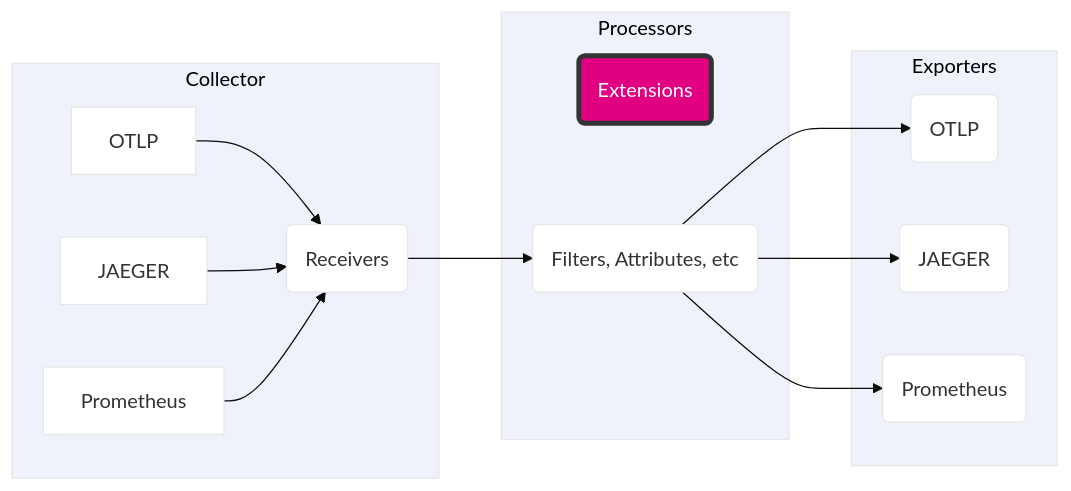
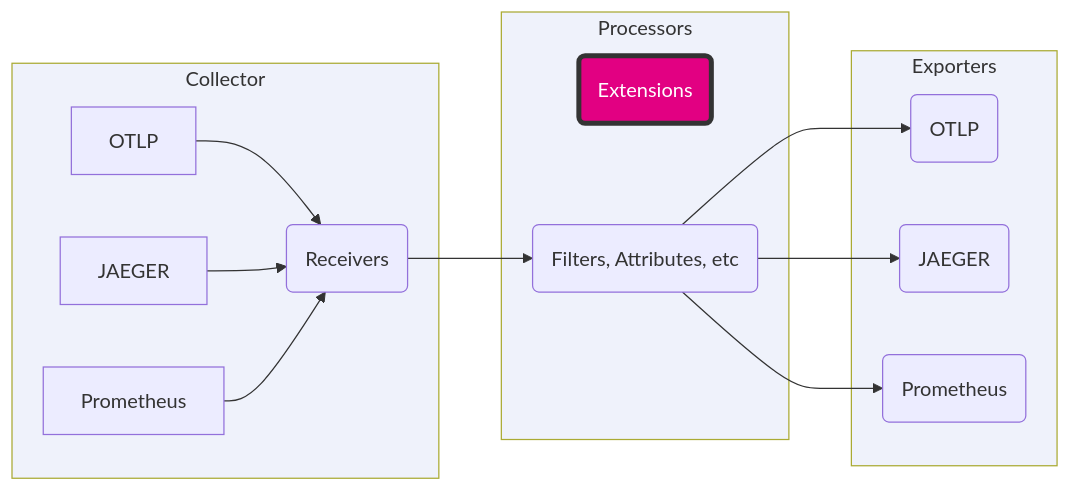
One commit to splunk/observability-workshop changed the diagram in content/en/ninja-workshops/foundations/3-opentelemetry-collector-workshops/1-opentelemetry-collector/2-extensions/_index.md. Above: the diagram before and after it, drawn with Mermaid. The commit also changed 30 other files, not shown here.

```diff
--- a/content/en/ninja-workshops/foundations/3-opentelemetry-collector-workshops/1-opentelemetry-collector/2-extensions/_index.md
+++ b/content/en/ninja-workshops/foundations/3-opentelemetry-collector-workshops/1-opentelemetry-collector/2-extensions/_index.md
@@ -9,29 +9,28 @@
 {{< mermaid >}}
 %%{
   init:{
-    "theme": "base",
     "themeVariables": {
       "primaryColor": "#ffffff",
       "clusterBkg": "#eff2fb",
       "defaultLinkColor": "#333333"
     }
   }
 }%%
 
 flowchart LR;
     style E fill:#e20082,stroke:#333,stroke-width:4px,color:#fff
     subgraph Collector
     A[OTLP] --> M(Receivers)
     B[JAEGER] --> M(Receivers)
     C[Prometheus] --> M(Receivers)
     end
     subgraph Processors
     M(Receivers) --> H(Filters, Attributes, etc)
     E(Extensions)
     end
     subgraph Exporters
     H(Filters, Attributes, etc) --> S(OTLP)
     H(Filters, Attributes, etc) --> T(JAEGER)
     H(Filters, Attributes, etc) --> U(Prometheus)
     end
 {{< /mermaid >}}
```
